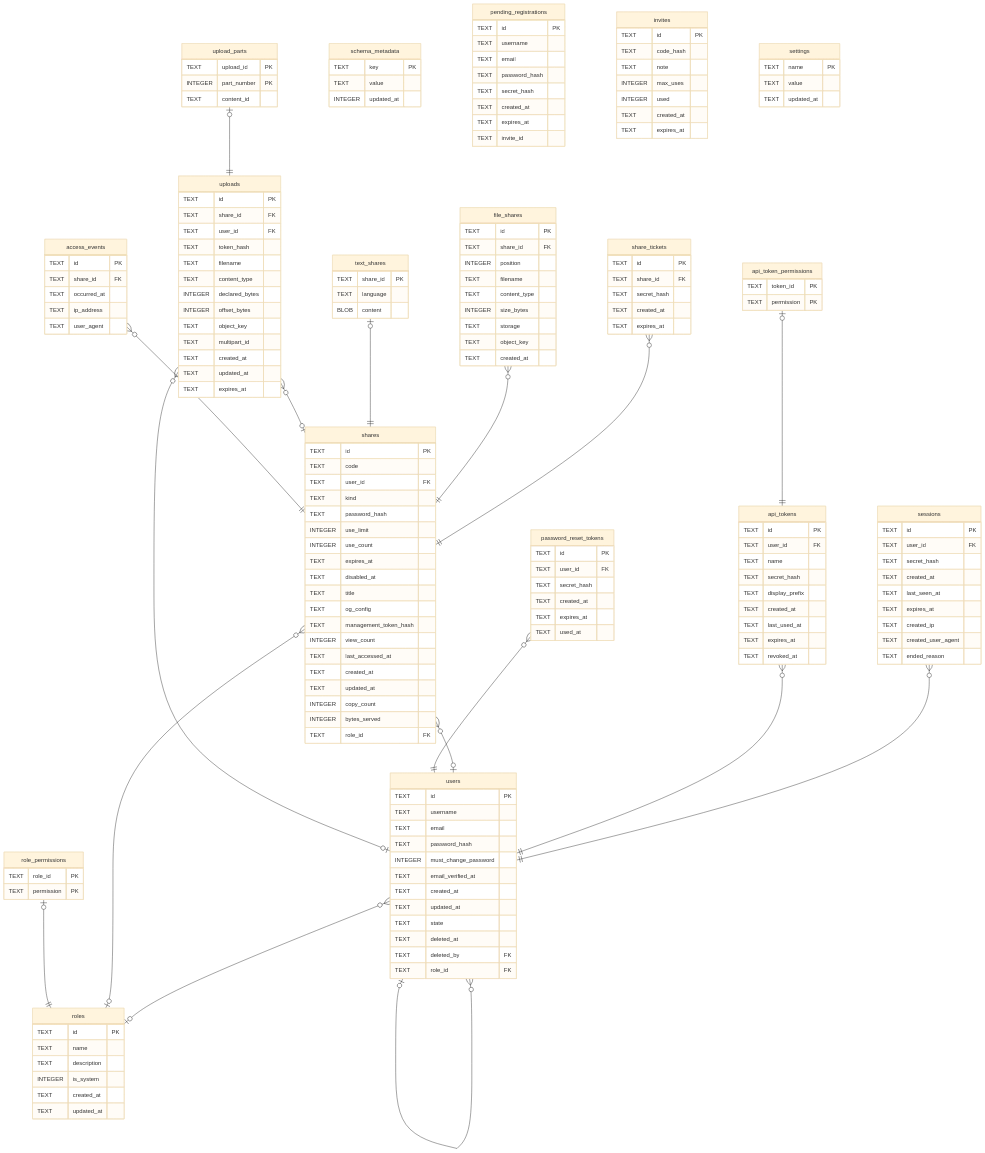
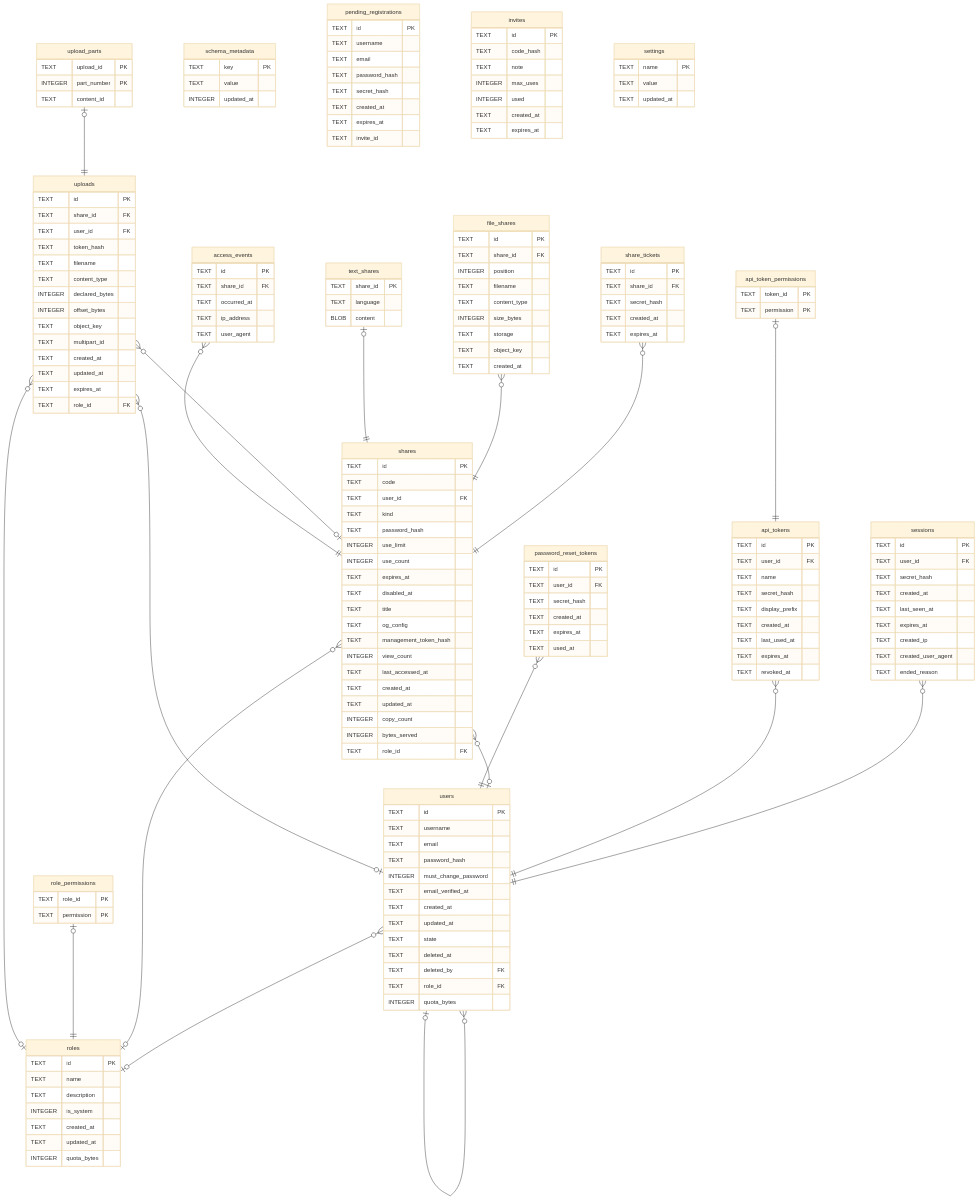
The diagram in docs/schema/README.md (Limatura/tessera), drawn with Mermaid (base theme) before and after one commit. The commit also changed other lines of this file and 44 other files, not shown here.

```diff
--- a/docs/schema/README.md
+++ b/docs/schema/README.md
@@ -40,6 +40,7 @@
 "text_shares" |o--|| "shares" : ""
 "role_permissions" |o--|| "roles" : ""
 "api_token_permissions" |o--|| "api_tokens" : ""
+"uploads" }o--o| "roles" : ""
 "uploads" }o--o| "users" : ""
 "uploads" }o--o| "shares" : ""
 "upload_parts" |o--|| "uploads" : ""
@@ -63,6 +64,7 @@
   TEXT deleted_at
   TEXT deleted_by FK
   TEXT role_id FK
+  INTEGER quota_bytes
 }
 "sessions" {
   TEXT id PK
@@ -164,6 +166,7 @@
   INTEGER is_system
   TEXT created_at
   TEXT updated_at
+  INTEGER quota_bytes
 }
 "role_permissions" {
   TEXT role_id PK
@@ -187,6 +190,7 @@
   TEXT created_at
   TEXT updated_at
   TEXT expires_at
+  TEXT role_id FK
 }
 "upload_parts" {
   TEXT upload_id PK
```
